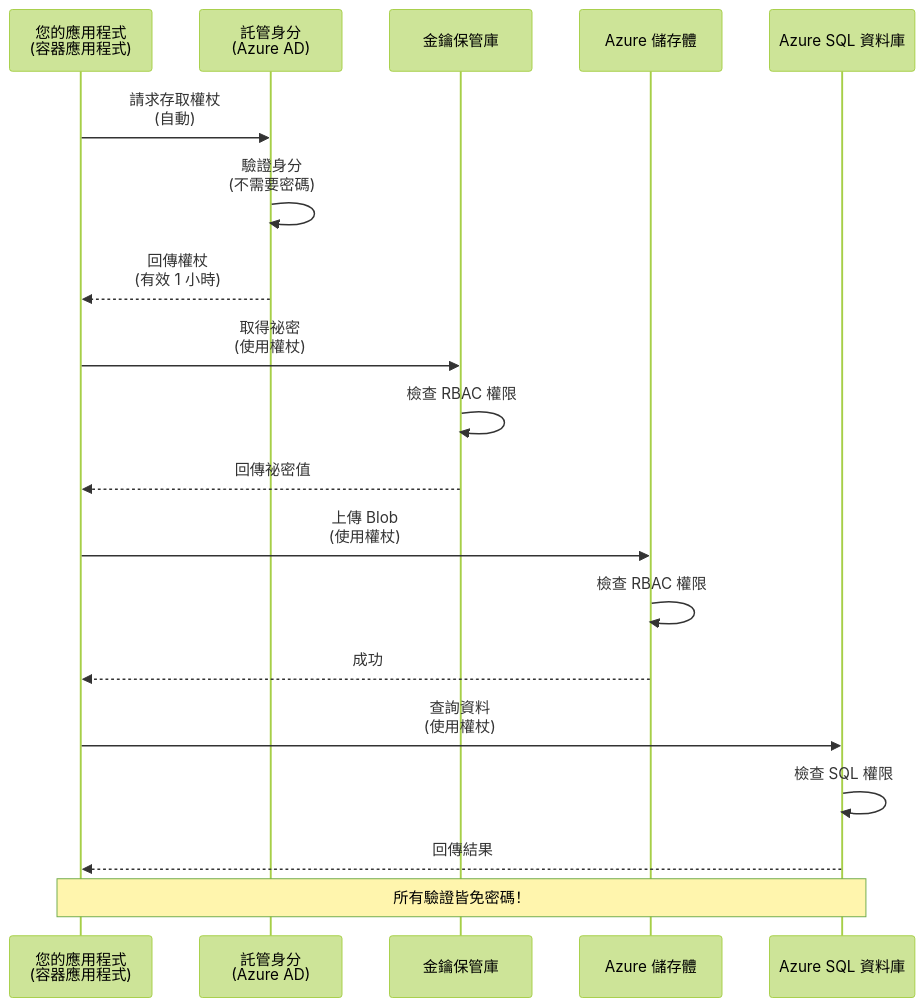
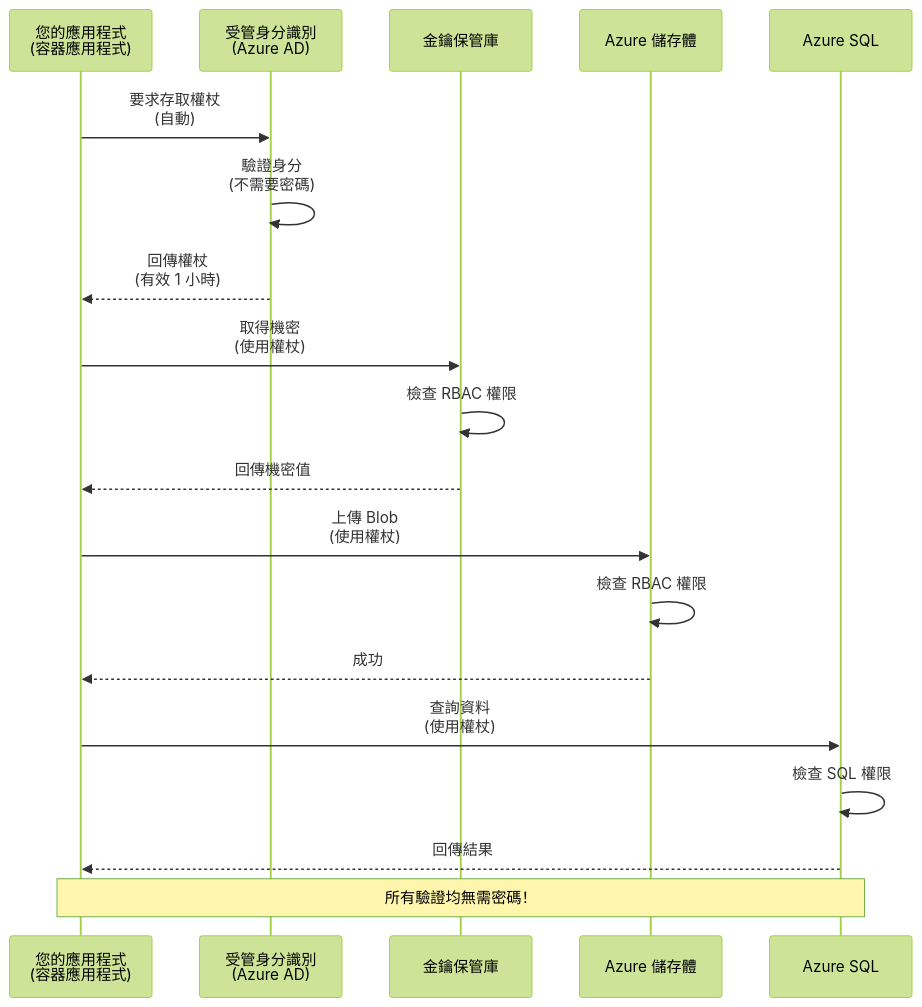
The first of 2 diagrams in translations/zh-TW/docs/chapter-03-configuration/authsecurity.md (microsoft/AZD-for-beginners), drawn with Mermaid (forest theme) before and after one commit. The commit also changed other lines of this file and 101 other files, not shown here.

````diff
--- a/translations/zh-TW/docs/chapter-03-configuration/authsecurity.md
+++ b/translations/zh-TW/docs/chapter-03-configuration/authsecurity.md
@@ -69,26 +69,26 @@
 ```mermaid
 sequenceDiagram
     participant App as 您的應用程式<br/>(容器應用程式)
-    participant MI as 託管身分<br/>(Azure AD)
+    participant MI as 受管身分識別<br/>(Azure AD)
     participant KV as 金鑰保管庫
     participant Storage as Azure 儲存體
-    participant DB as Azure SQL 資料庫
+    participant DB as Azure SQL
     
-    App->>MI: 請求存取權杖<br/>(自動)
+    App->>MI: 要求存取權杖<br/>(自動)
     MI->>MI: 驗證身分<br/>(不需要密碼)
     MI-->>App: 回傳權杖<br/>(有效 1 小時)
     
-    App->>KV: 取得祕密<br/>(使用權杖)
+    App->>KV: 取得機密<br/>(使用權杖)
     KV->>KV: 檢查 RBAC 權限
-    KV-->>App: 回傳祕密值
+    KV-->>App: 回傳機密值
     
     App->>Storage: 上傳 Blob<br/>(使用權杖)
     Storage->>Storage: 檢查 RBAC 權限
     Storage-->>App: 成功
     
     App->>DB: 查詢資料<br/>(使用權杖)
     DB->>DB: 檢查 SQL 權限
     DB-->>App: 回傳結果
     
-    Note over App,DB: 所有驗證皆免密碼！
+    Note over App,DB: 所有驗證均無需密碼！
 ```
````
